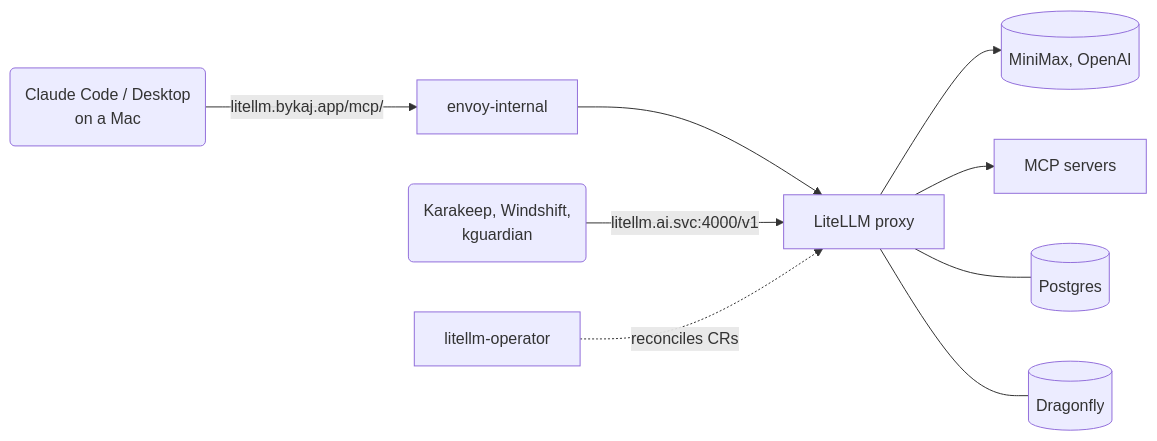
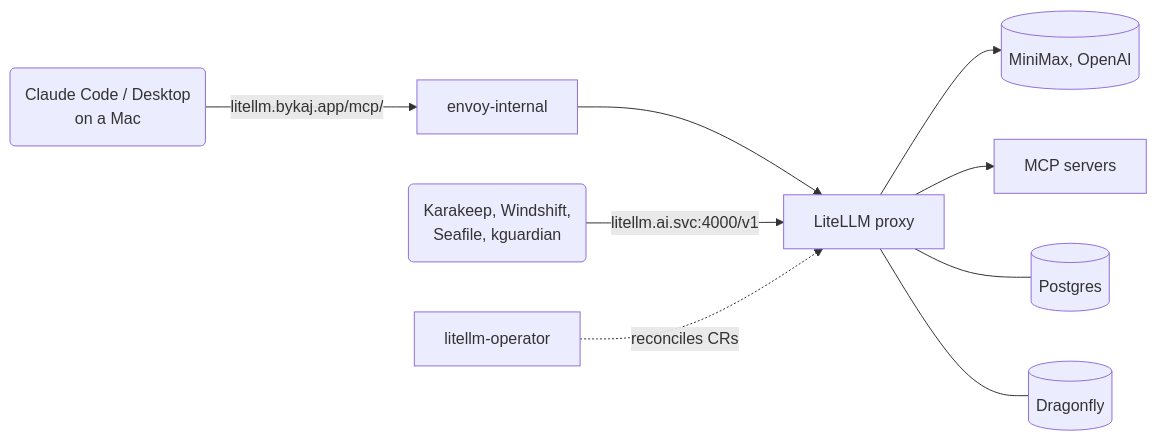
Before and after one commit to bykaj/home-ops: the diagram in docs/content/platforms/kubernetes/ai.md, drawn with Mermaid. The commit also changed other lines of this file and 14 other files, not shown here.

````diff
--- a/docs/content/platforms/kubernetes/ai.md
+++ b/docs/content/platforms/kubernetes/ai.md
@@ -15,11 +15,11 @@
 ```mermaid
 graph LR
     cc(Claude Code / Desktop<br/>on a Mac) -->|litellm.bykaj.app/mcp/| int[envoy-internal]
     int --> proxy[LiteLLM proxy]
-    apps(Karakeep, Windshift,<br/>kguardian) -->|litellm.ai.svc:4000/v1| proxy
+    apps(Karakeep, Windshift,<br/>Seafile, kguardian) -->|litellm.ai.svc:4000/v1| proxy
     proxy --> models[(MiniMax, OpenAI)]
     proxy --> mcp[MCP servers]
     proxy --- pg[(Postgres)]
     proxy --- df[(Dragonfly)]
     op[litellm-operator] -.->|reconciles CRs| proxy
 ```
````
